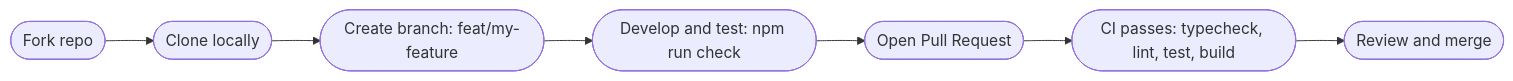
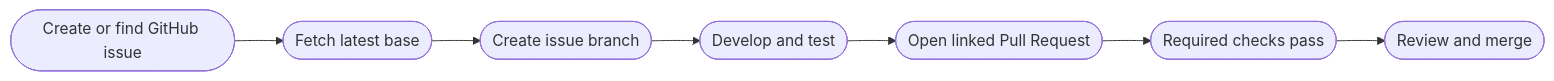
The diagram in .github/CONTRIBUTING.md (RajwanYair/WoodworkingShop), drawn with Mermaid before and after one commit. The commit also changed other lines of this file and 15 other files, not shown here.

````diff
--- a/.github/CONTRIBUTING.md
+++ b/.github/CONTRIBUTING.md
@@ -18,9 +18,9 @@
 ```mermaid
 flowchart LR
-    F([Fork repo]) --> C([Clone locally])
-    C --> B([Create branch: feat/my-feature])
-    B --> D([Develop and test: npm run check])
-    D --> P([Open Pull Request])
-    P --> CI([CI passes: typecheck, lint, test, build])
+    I([Create or find GitHub issue]) --> S([Fetch latest base])
+    S --> B([Create issue branch])
+    B --> D([Develop and test])
+    D --> P([Open linked Pull Request])
+    P --> CI([Required checks pass])
     CI --> R([Review and merge])
 ```
````
